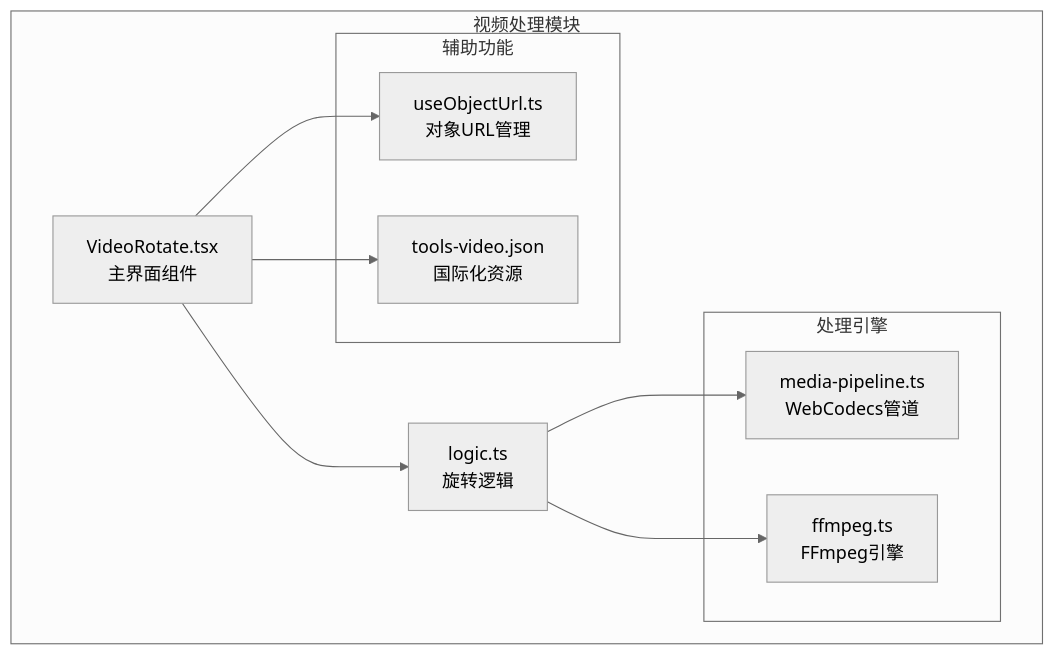
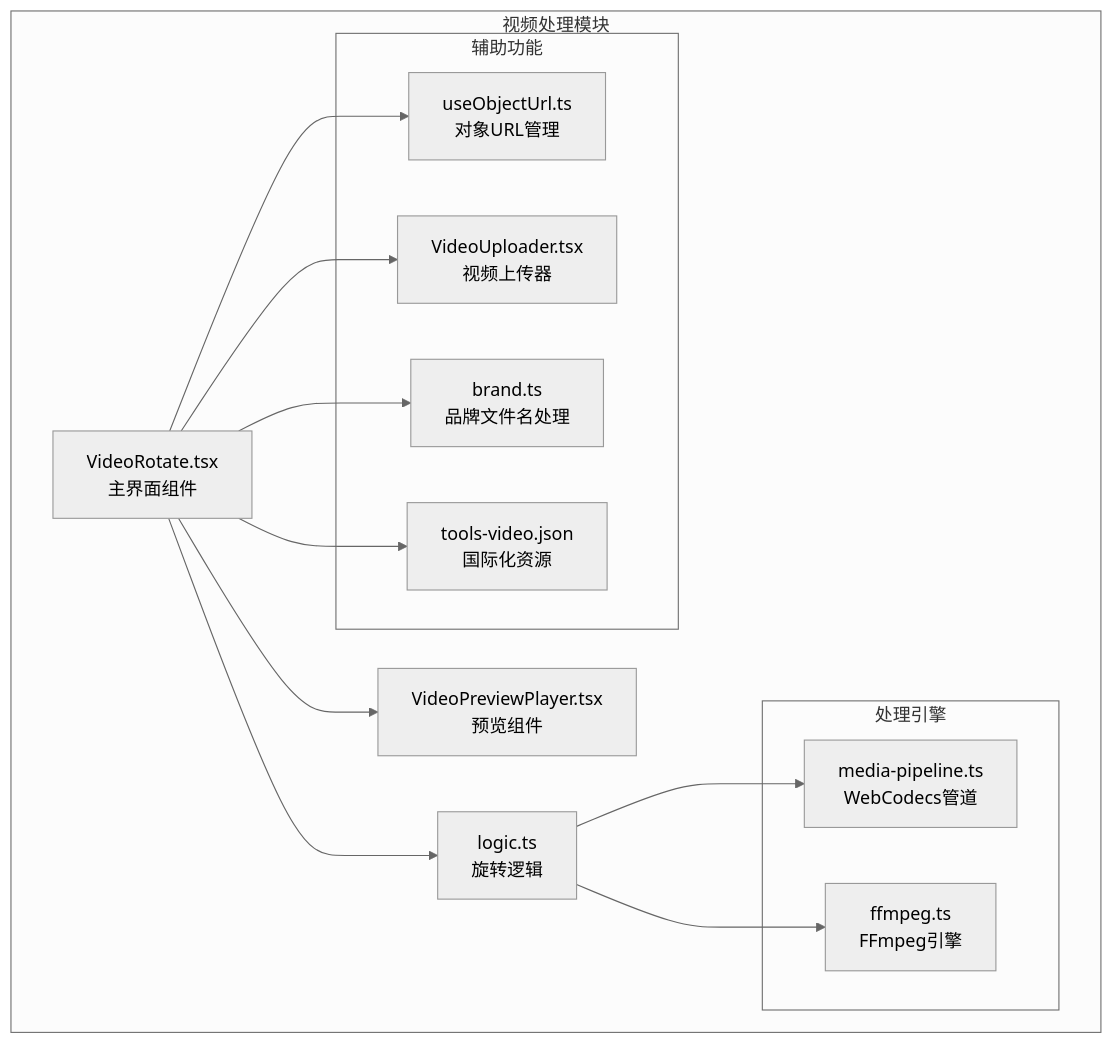
Before and after one commit to sgyy/privadeck: the first of 8 diagrams in .qoder/repowiki/zh/content/视频工具/视频旋转工具.md, drawn with Mermaid (neutral theme). The commit also changed other lines of this file and 3 other files, not shown here.

First line of the commit message:
feat(image-crop): 升级图像裁剪工具到 react-advanced-cropper

````diff
--- a/.qoder/repowiki/zh/content/视频工具/视频旋转工具.md
+++ b/.qoder/repowiki/zh/content/视频工具/视频旋转工具.md
@@ -32,20 +43,26 @@
 ```mermaid
 graph TB
 subgraph "视频处理模块"
 VR[VideoRotate.tsx<br/>主界面组件]
+VPP[VideoPreviewPlayer.tsx<br/>预览组件]
 VL[logic.ts<br/>旋转逻辑]
 subgraph "处理引擎"
 MP[media-pipeline.ts<br/>WebCodecs管道]
 FF[ffmpeg.ts<br/>FFmpeg引擎]
 end
 subgraph "辅助功能"
 UOU[useObjectUrl.ts<br/>对象URL管理]
+VU[VideoUploader.tsx<br/>视频上传器]
+BRAND[brand.ts<br/>品牌文件名处理]
 I18N[tools-video.json<br/>国际化资源]
 end
 end
+VR --> VPP
 VR --> VL
 VL --> MP
 VL --> FF
 VR --> UOU
+VR --> VU
+VR --> BRAND
 VR --> I18N
 ```
````
